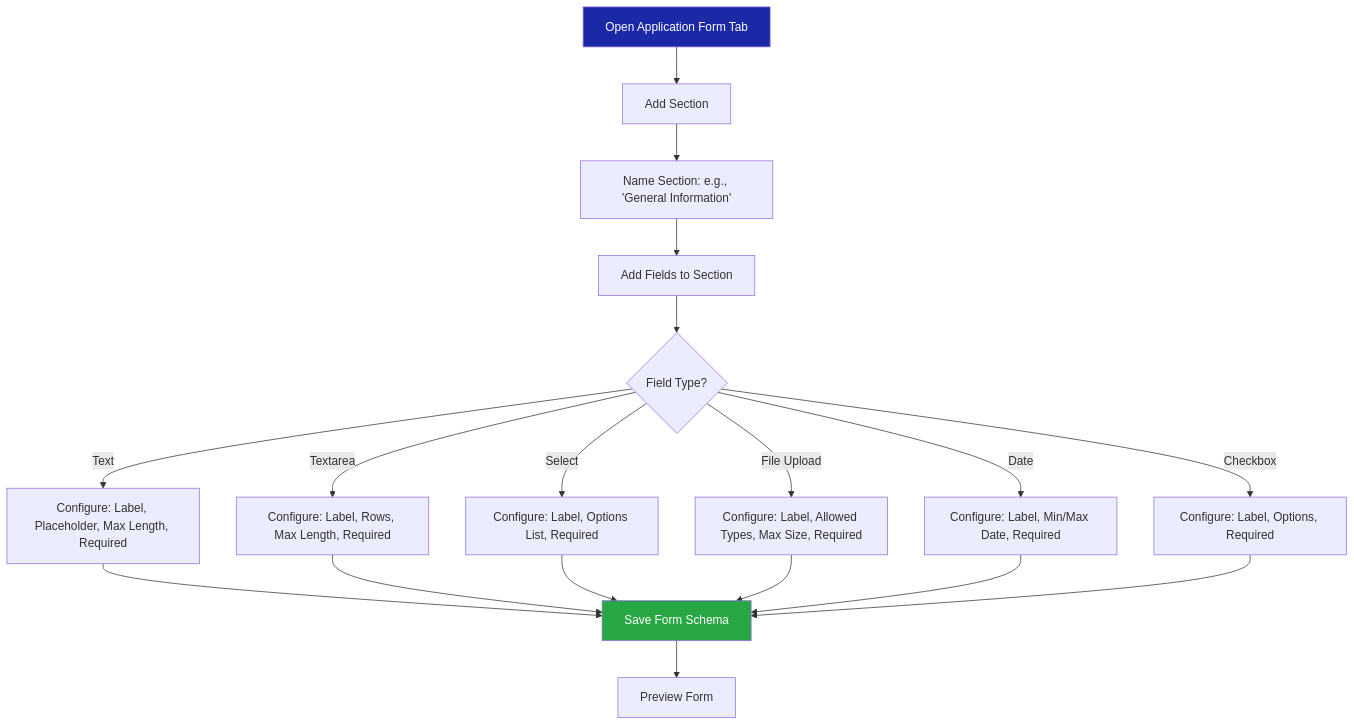
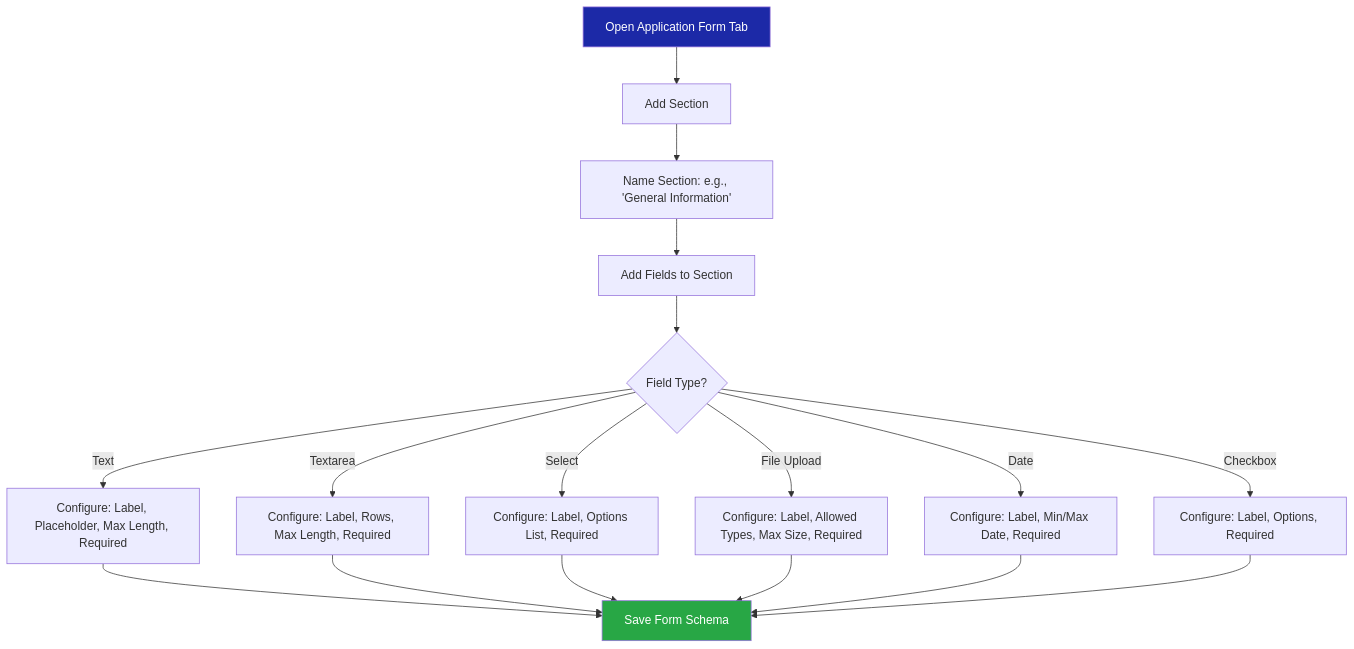
One commit to samiha26/UM_GMS changed diagram 12 of 38 in README.md. Above: the diagram before and after it, drawn with Mermaid. The commit also changed other lines of this file, not shown here.

````diff
--- a/README.md
+++ b/README.md
@@ -711,18 +711,17 @@
 ```mermaid
 flowchart TD
     A[Open Application Form Tab] --> B[Add Section]
     B --> C[Name Section: e.g., 'General Information']
     C --> D[Add Fields to Section]
     D --> E{Field Type?}
     E -->|Text| F[Configure: Label, Placeholder, Max Length, Required]
     E -->|Textarea| G[Configure: Label, Rows, Max Length, Required]
     E -->|Select| H[Configure: Label, Options List, Required]
     E -->|File Upload| I[Configure: Label, Allowed Types, Max Size, Required]
     E -->|Date| J[Configure: Label, Min/Max Date, Required]
     E -->|Checkbox| K[Configure: Label, Options, Required]
     F & G & H & I & J & K --> L[Save Form Schema]
-    L --> M[Preview Form]
 
     style A fill:#1C29A7,color:#fff
     style L fill:#28a745,color:#fff
 ```
````
